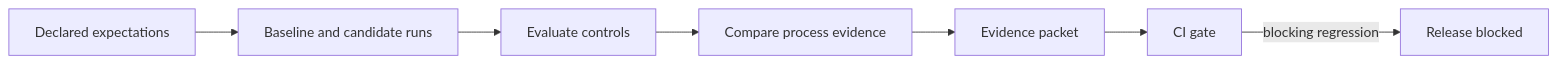
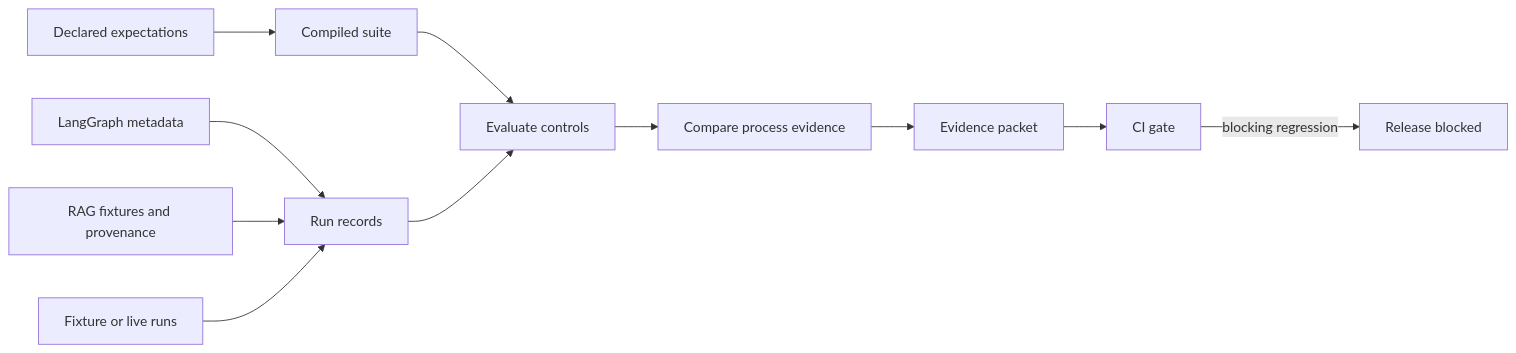
Before and after one commit to acblabs/agent-assure: the second of 2 diagrams in README.md, drawn with Mermaid. The commit also changed other lines of this file, not shown here.

````diff
--- a/README.md
+++ b/README.md
@@ -192,9 +349,13 @@
 ```mermaid
 flowchart LR
-  A[Declared expectations] --> B[Baseline and candidate runs]
-  B --> C[Evaluate controls]
-  C --> D[Compare process evidence]
-  D --> E[Evidence packet]
-  E --> F[CI gate]
-  F -->|blocking regression| G[Release blocked]
+  A[Declared expectations] --> B[Compiled suite]
+  LG[LangGraph metadata] --> R[Run records]
+  RAG[RAG fixtures and provenance] --> R
+  F[Fixture or live runs] --> R
+  B --> E[Evaluate controls]
+  R --> E
+  E --> C[Compare process evidence]
+  C --> P[Evidence packet]
+  P --> G[CI gate]
+  G -->|blocking regression| X[Release blocked]
 ```
````
